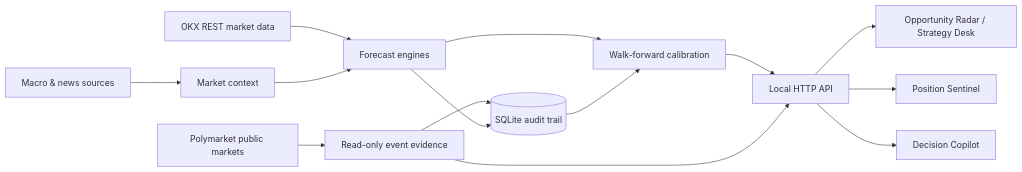
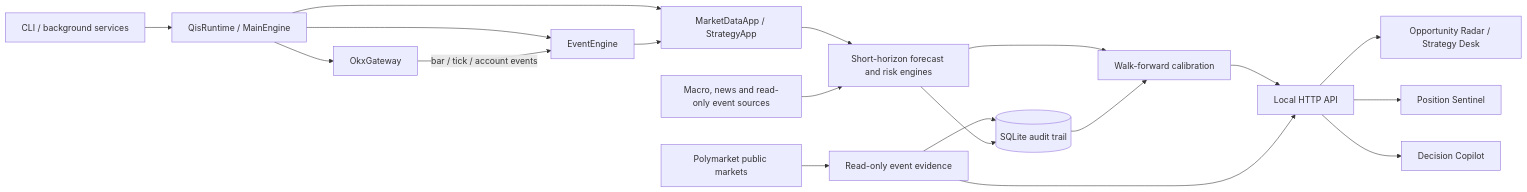
Before and after one commit to xietingwei/okx-semi-auto-quant: the diagram in README.md, drawn with Mermaid. The commit also changed other lines of this file and 23 other files, not shown here.

````diff
--- a/README.md
+++ b/README.md
@@ -144,16 +144,21 @@
 ```mermaid
 flowchart LR
-    OKX["OKX REST market data"] --> Engine["Forecast engines"]
-    Macro["Macro & news sources"] --> Factors["Market context"]
-    Factors --> Engine
+    CLI["CLI / background services"] --> Main["QisRuntime / MainEngine"]
+    Main --> Bus["EventEngine"]
+    Main --> OKX["OkxGateway"]
+    Main --> Apps["MarketDataApp / StrategyApp"]
+    OKX -->|"bar / tick / account events"| Bus
+    Bus --> Apps
+    Apps --> Engine["Short-horizon forecast and risk engines"]
+    Macro["Macro, news and read-only event sources"] --> Engine
     Engine --> Cal["Walk-forward calibration"]
     Cal --> API["Local HTTP API"]
     PM["Polymarket public markets"] --> Evidence["Read-only event evidence"]
     Evidence --> API
     Evidence --> DB
     API --> UI["Opportunity Radar / Strategy Desk"]
     API --> Sentinel["Position Sentinel"]
     API --> Copilot["Decision Copilot"]
     Engine --> DB[("SQLite audit trail")]
     DB --> Cal
 ```
````
